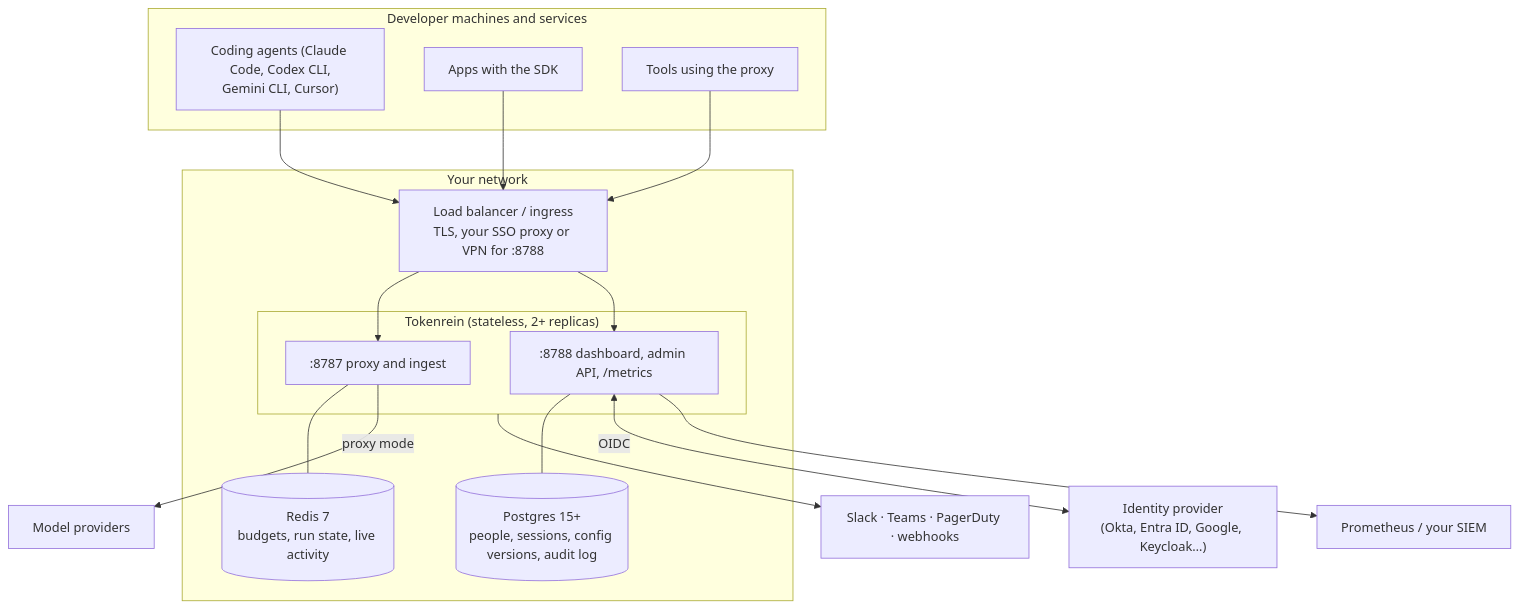
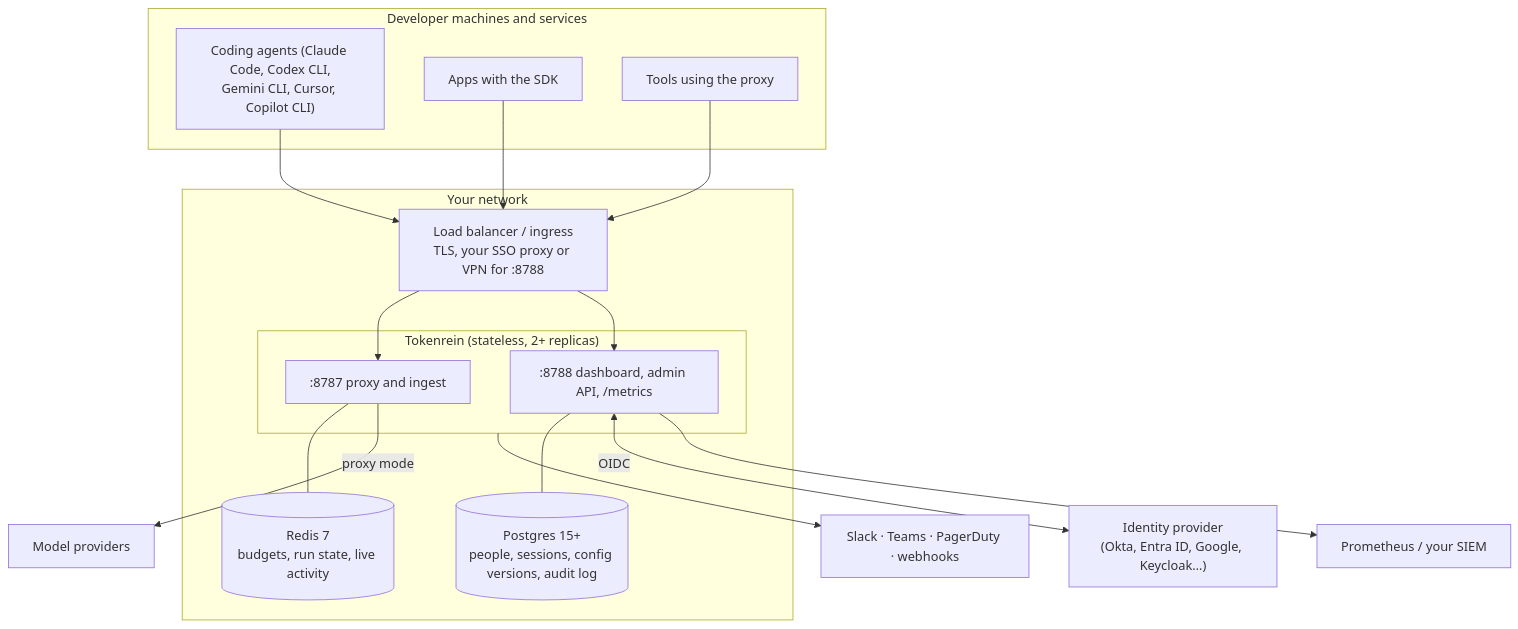
One commit to tokenrein/tokenrein changed the diagram in docs/enterprise.md. Above: the diagram before and after it, drawn with Mermaid. The commit also changed 14 other files, not shown here.

First line of the commit message:
Add a GitHub Copilot CLI connector

````diff
--- a/docs/enterprise.md
+++ b/docs/enterprise.md
@@ -19,30 +19,30 @@
 ```mermaid
 flowchart TB
   subgraph clients["Developer machines and services"]
-    agents["Coding agents (Claude Code, Codex CLI,<br/>Gemini CLI, Cursor)"]
+    agents["Coding agents (Claude Code, Codex CLI,<br/>Gemini CLI, Cursor, Copilot CLI)"]
     apps["Apps with the SDK"]
     tools["Tools using the proxy"]
   end
   subgraph cluster["Your network"]
     lb["Load balancer / ingress<br/>TLS, your SSO proxy or VPN for :8788"]
     subgraph tr["Tokenrein (stateless, 2+ replicas)"]
       p[":8787 proxy and ingest"]
       a[":8788 dashboard, admin API, /metrics"]
     end
     redis[("Redis 7<br/>budgets, run state, live activity")]
     pg[("Postgres 15+<br/>people, sessions, config versions, audit log")]
   end
   idp["Identity provider<br/>(Okta, Entra ID, Google, Keycloak…)"]
   llm["Model providers"]
   notify["Slack · Teams · PagerDuty · webhooks"]
   prom["Prometheus / your SIEM"]
 
   agents & apps & tools --> lb --> p
   lb --> a
   p --- redis
   a --- pg
   a <-- "OIDC" --> idp
   p -- "proxy mode" --> llm
   tr --> notify
   a --> prom
 ```
````
